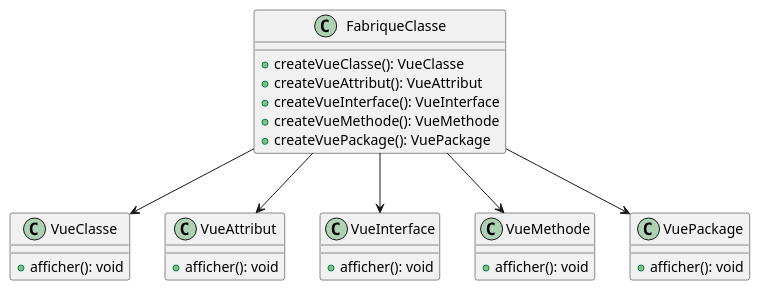
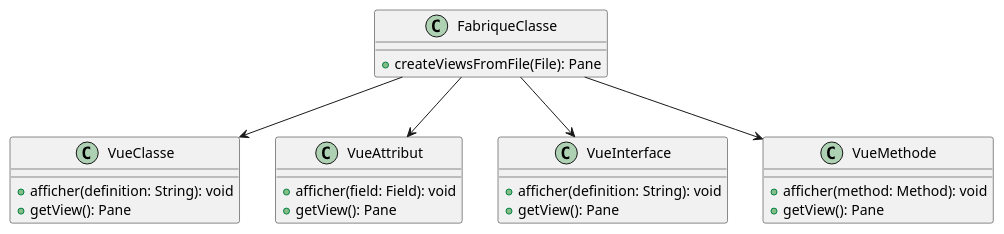
One commit to Baloo54/SAE_Diagramme2Classe changed the diagram in Diagramme2Classes/puml/itération2/FabriqueClasse.puml. Above: the diagram before and after it, drawn with PlantUML.

Commit message:
maj UML FabriqueClasse.puml

```diff
--- a/Diagramme2Classes/puml/itération2/FabriqueClasse.puml
+++ b/Diagramme2Classes/puml/itération2/FabriqueClasse.puml
@@ -1,37 +1,32 @@
 @startuml
 
 class FabriqueClasse {
-    + createVueClasse(): VueClasse
-    + createVueAttribut(): VueAttribut
-    + createVueInterface(): VueInterface
-    + createVueMethode(): VueMethode
-    + createVuePackage(): VuePackage
+    + createViewsFromFile(File): Pane
 }
 
 class VueClasse {
-    + afficher(): void
+    + afficher(definition: String): void
+    + getView(): Pane
 }
 
 class VueAttribut {
-    + afficher(): void
+    + afficher(field: Field): void
+    + getView(): Pane
 }
 
 class VueInterface {
-    + afficher(): void
+    + afficher(definition: String): void
+    + getView(): Pane
 }
 
 class VueMethode {
-    + afficher(): void
-}
-
-class VuePackage {
-    + afficher(): void
+    + afficher(method: Method): void
+    + getView(): Pane
 }
 
 FabriqueClasse --> VueClasse
 FabriqueClasse --> VueAttribut
 FabriqueClasse --> VueInterface
 FabriqueClasse --> VueMethode
-FabriqueClasse --> VuePackage
 
 @enduml
```
